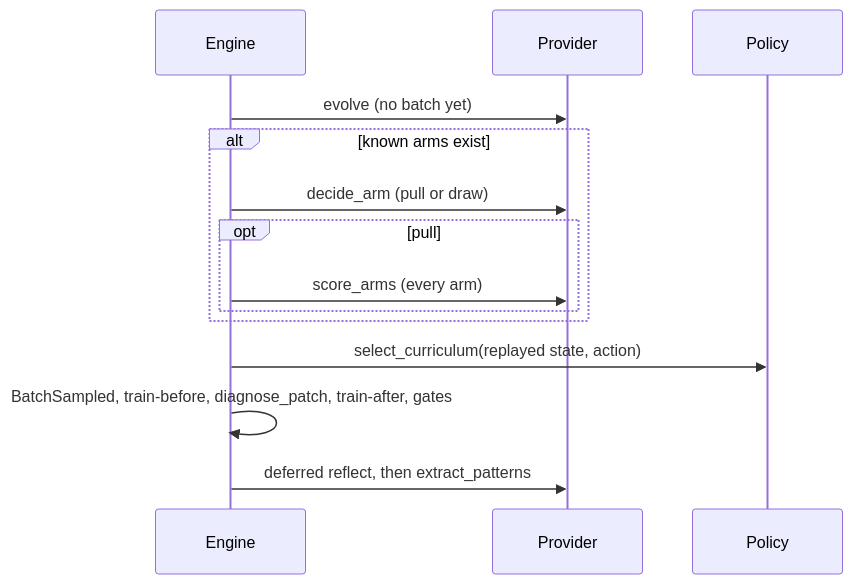
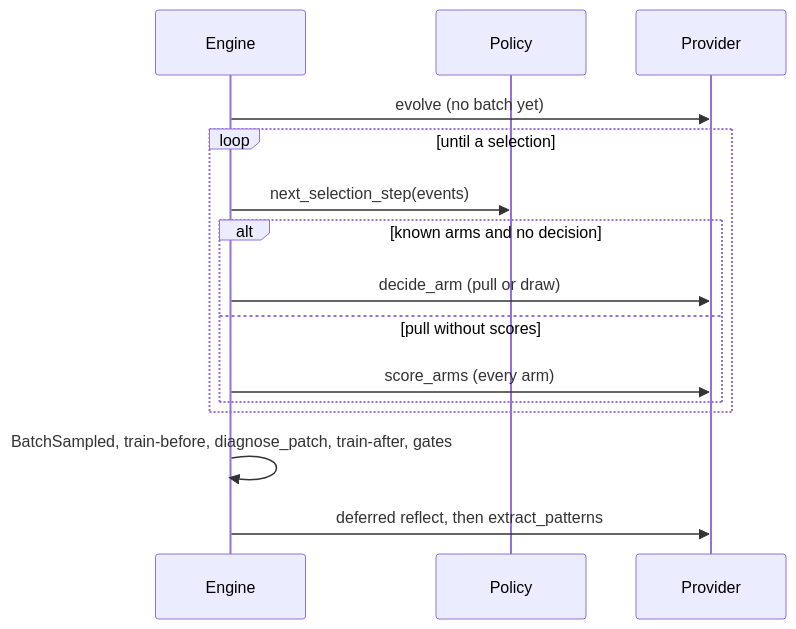
The third of 3 diagrams in docs/v2-architecture.md (microsoft/AutoSaddler), drawn with Mermaid before and after one commit. The commit also changed other lines of this file and 2 other files, not shown here.

First line of the commit message:
docs(v2): describe the adaptive task-selection interface

````diff
--- a/docs/v2-architecture.md
+++ b/docs/v2-architecture.md
@@ -139,16 +161,17 @@
 ```mermaid
 sequenceDiagram
     participant Engine
+    participant Policy
     participant Provider
-    participant Policy
     Engine->>Provider: evolve (no batch yet)
-    alt known arms exist
-        Engine->>Provider: decide_arm (pull or draw)
-        opt pull
+    loop until a selection
+        Engine->>Policy: next_selection_step(events)
+        alt known arms and no decision
+            Engine->>Provider: decide_arm (pull or draw)
+        else pull without scores
             Engine->>Provider: score_arms (every arm)
         end
     end
-    Engine->>Policy: select_curriculum(replayed state, action)
     Engine->>Engine: BatchSampled, train-before, diagnose_patch, train-after, gates
     Engine->>Provider: deferred reflect, then extract_patterns
 ```
````
